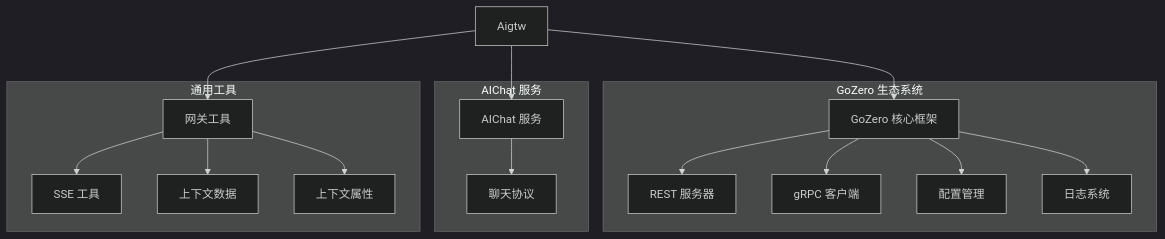
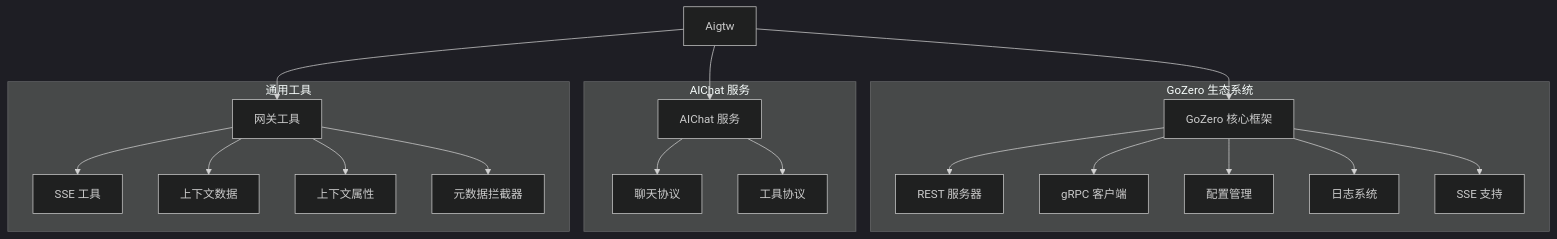
Before and after one commit to maomao94/zero-service: diagram 20 of 21 in .qoder/repowiki/zh/content/Aigtw Gateway Service.md, drawn with Mermaid (dark theme). The commit also changed other lines of this file and 42 other files, not shown here.

````diff
--- a/.qoder/repowiki/zh/content/Aigtw Gateway Service.md
+++ b/.qoder/repowiki/zh/content/Aigtw Gateway Service.md
@@ -317,31 +676,37 @@
 ```mermaid
 graph TB
 subgraph "GoZero 生态系统"
 GoZero[GoZero 核心框架]
 Rest[REST 服务器]
 ZRPC[gRPC 客户端]
 Conf[配置管理]
 Logx[日志系统]
+SSE[SSE 支持]
 end
 subgraph "AIChat 服务"
 AIChat[AIChat 服务]
 ChatProto[聊天协议]
+ToolProto[工具协议]
 end
 subgraph "通用工具"
 GTWX[网关工具]
 SSEX[SSE 工具]
 CtxData[上下文数据]
 CtxProp[上下文属性]
+MetadataInterceptor[元数据拦截器]
 end
 Aigtw --> GoZero
 GoZero --> Rest
 GoZero --> ZRPC
 GoZero --> Conf
 GoZero --> Logx
+GoZero --> SSE
 Aigtw --> AIChat
 AIChat --> ChatProto
+AIChat --> ToolProto
 Aigtw --> GTWX
 GTWX --> SSEX
 GTWX --> CtxData
 GTWX --> CtxProp
+GTWX --> MetadataInterceptor
 ```
````
